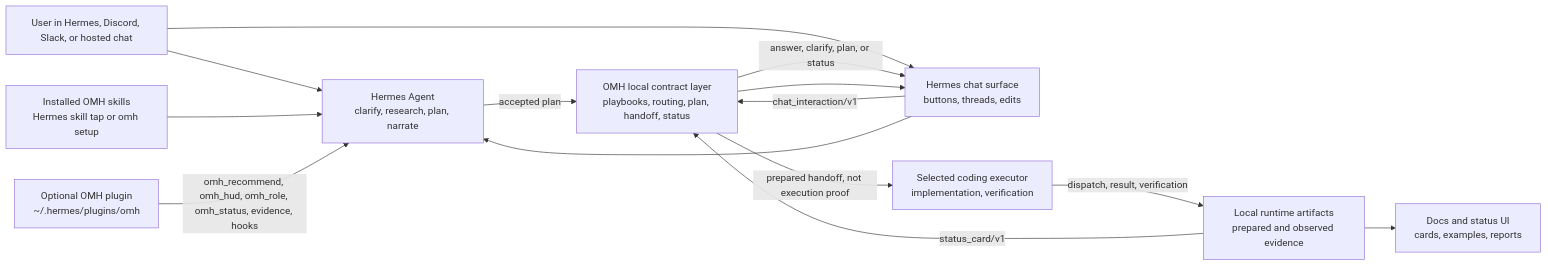
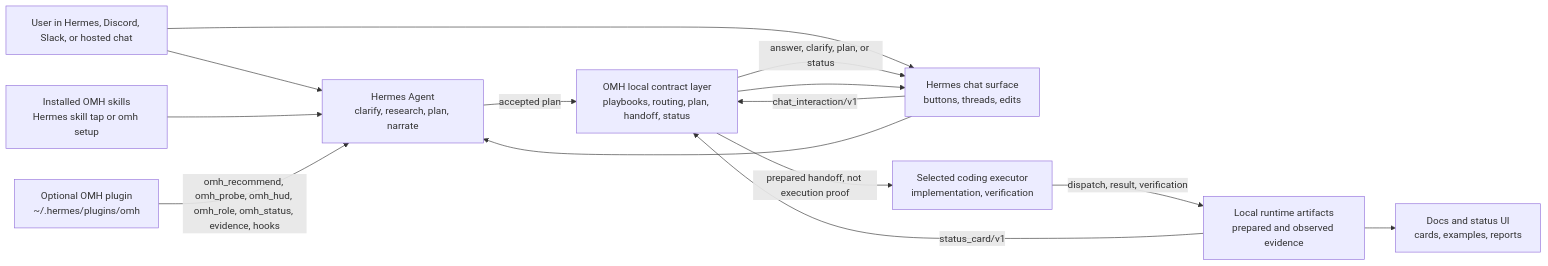
One commit to rlaope/oh-my-hermes changed the diagram in docs/ARCHITECTURE.md. Above: the diagram before and after it, drawn with Mermaid. The commit also changed other lines of this file and 15 other files, not shown here.

First line of the commit message:
Add plugin-native OMH probe tool

````diff
--- a/docs/ARCHITECTURE.md
+++ b/docs/ARCHITECTURE.md
@@ -31,26 +31,26 @@
 ```mermaid
 flowchart LR
   user["User in Hermes, Discord, Slack, or hosted chat"]
   skills["Installed OMH skills\nHermes skill tap or omh setup"]
   plugin["Optional OMH plugin\n~/.hermes/plugins/omh"]
   wrapper["Hermes chat surface\nbuttons, threads, edits"]
   omh["OMH local contract layer\nplaybooks, routing, plan, handoff, status"]
   hermes["Hermes Agent\nclarify, research, plan, narrate"]
   executor["Selected coding executor\nimplementation, verification"]
   runtime["Local runtime artifacts\nprepared and observed evidence"]
   site["Docs and status UI\ncards, examples, reports"]
 
   user --> hermes
   skills --> hermes
-  plugin -->|"omh_recommend, omh_hud, omh_role, omh_status, evidence, hooks"| hermes
+  plugin -->|"omh_recommend, omh_probe, omh_hud, omh_role, omh_status, evidence, hooks"| hermes
   user --> wrapper
   wrapper -->|"chat_interaction/v1"| omh
   omh -->|"answer, clarify, plan, or status"| wrapper
   wrapper --> hermes
   hermes -->|"accepted plan"| omh
   omh -->|"prepared handoff, not execution proof"| executor
   executor -->|"dispatch, result, verification"| runtime
   runtime -->|"status_card/v1"| omh
   omh --> wrapper
   runtime --> site
 ```
````
